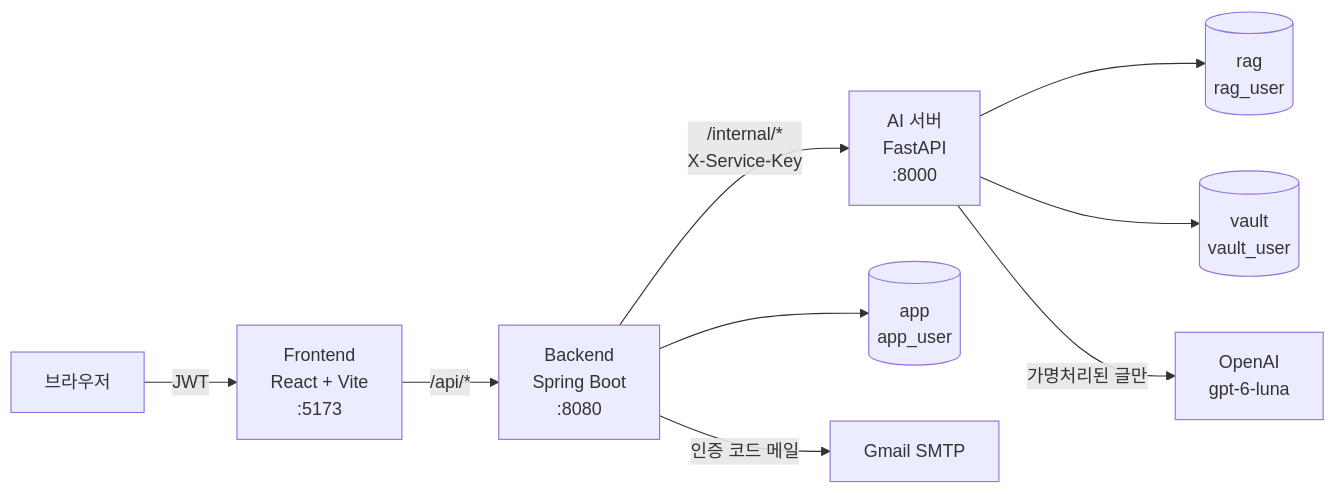
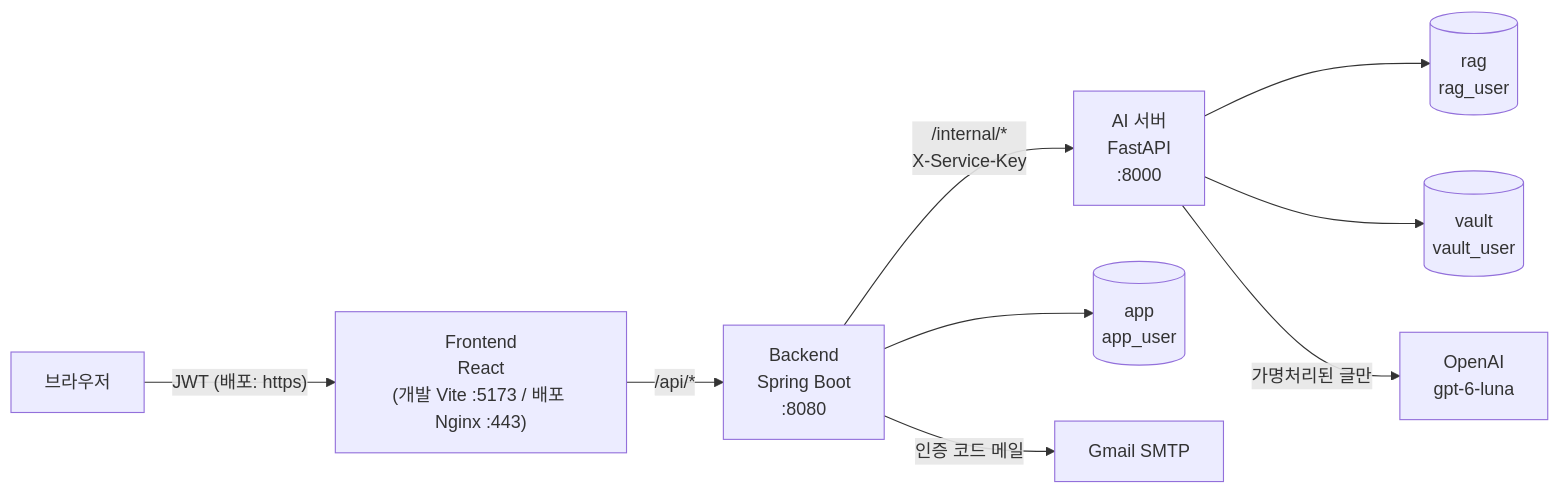
The first of 5 diagrams in 최종프로젝트/README.md (BBuSang/likelion-AI-4team), drawn with Mermaid before and after one commit. The commit also changed other lines of this file and 1 other file, not shown here.

````diff
--- a/최종프로젝트/README.md
+++ b/최종프로젝트/README.md
@@ -38,11 +38,11 @@
 ```mermaid
 flowchart LR
-    U[브라우저] -->|JWT| FE["Frontend<br/>React + Vite<br/>:5173"]
+    U[브라우저] -->|"JWT (배포: https)"| FE["Frontend<br/>React<br/>(개발 Vite :5173 / 배포 Nginx :443)"]
     FE -->|/api/*| BE["Backend<br/>Spring Boot<br/>:8080"]
     BE -->|"/internal/*<br/>X-Service-Key"| AI["AI 서버<br/>FastAPI<br/>:8000"]
     BE --> APP[("app<br/>app_user")]
     AI --> RAG[("rag<br/>rag_user")]
     AI --> VAULT[("vault<br/>vault_user")]
     AI -->|가명처리된 글만| LLM["OpenAI<br/>gpt-6-luna"]
     BE -->|인증 코드 메일| SMTP[Gmail SMTP]
 ```
````
